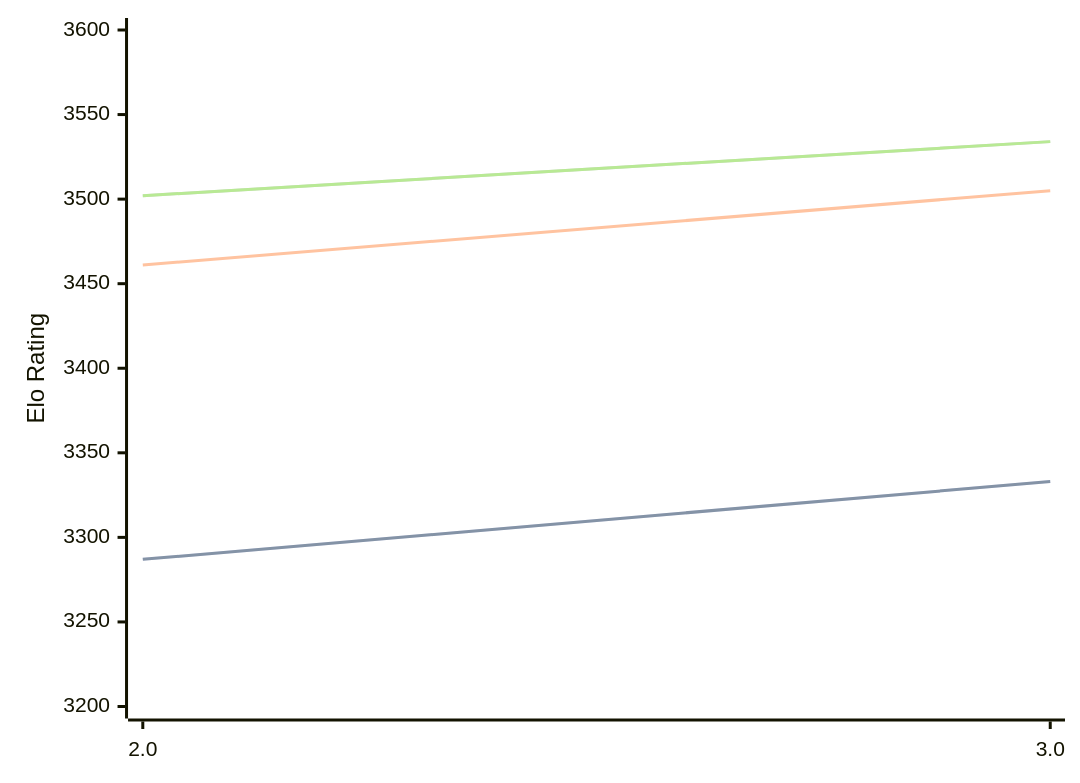
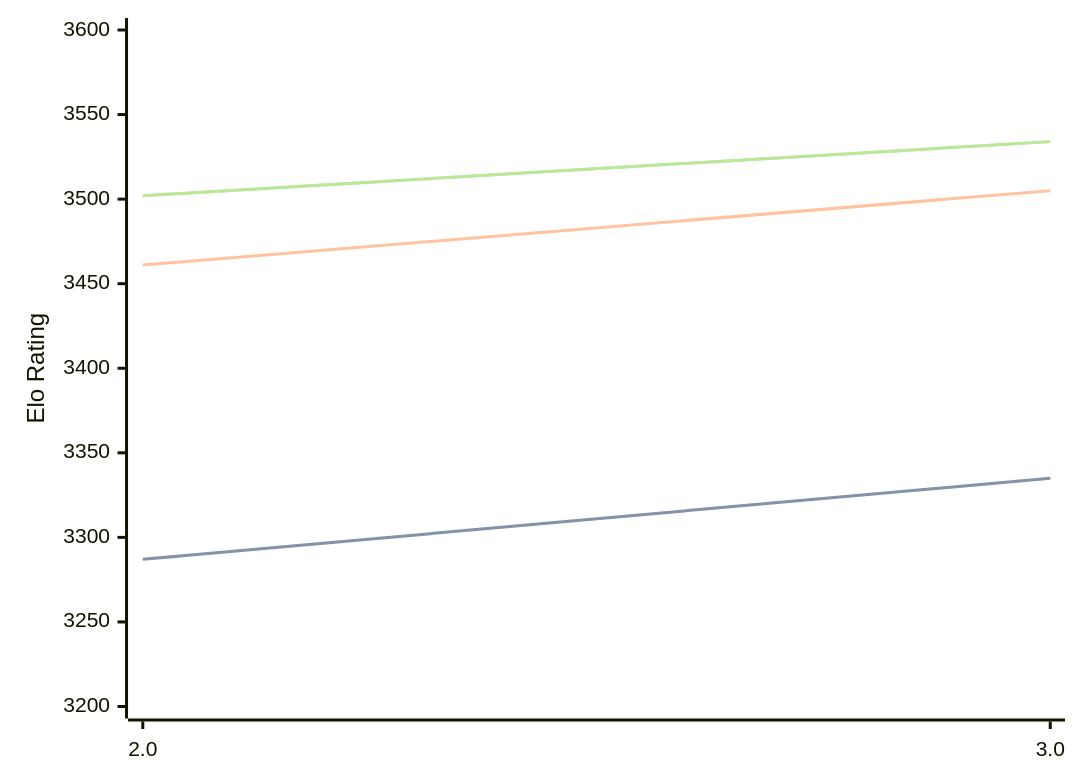
The third of 3 diagrams in engines/Quanticade.md (computer-chess-index/cci), drawn with Mermaid before and after one commit. The commit also changed other lines of this file, not shown here.

````diff
--- a/engines/Quanticade.md
+++ b/engines/Quanticade.md
@@ -74,11 +74,11 @@
 ```mermaid
 %%{init: {"theme":"base","themeVariables":{"seriesColors:['#a3a3a3','#222221','#faa371']}}}%%
 xychart-beta
   x-axis ["2.0", "3.0"]
   y-axis "Elo Rating" 3200 --> 3600
-  line "STC (8.0+0.08s)" [3287, 3333]
-  line "STC (8.0+0.08s)" [3287, 3333]
+  line "STC (8.0+0.08s)" [3287, 3335]
+  line "STC (8.0+0.08s)" [3287, 3335]
   line "LTC (60.0+0.60s)" [3461, 3505]
   line "VLTC (2m24s+1.12s)" [3502, 3534]
   line "VLTC (2m24s+1.12s)" [3502, 3534]
 ```
````
